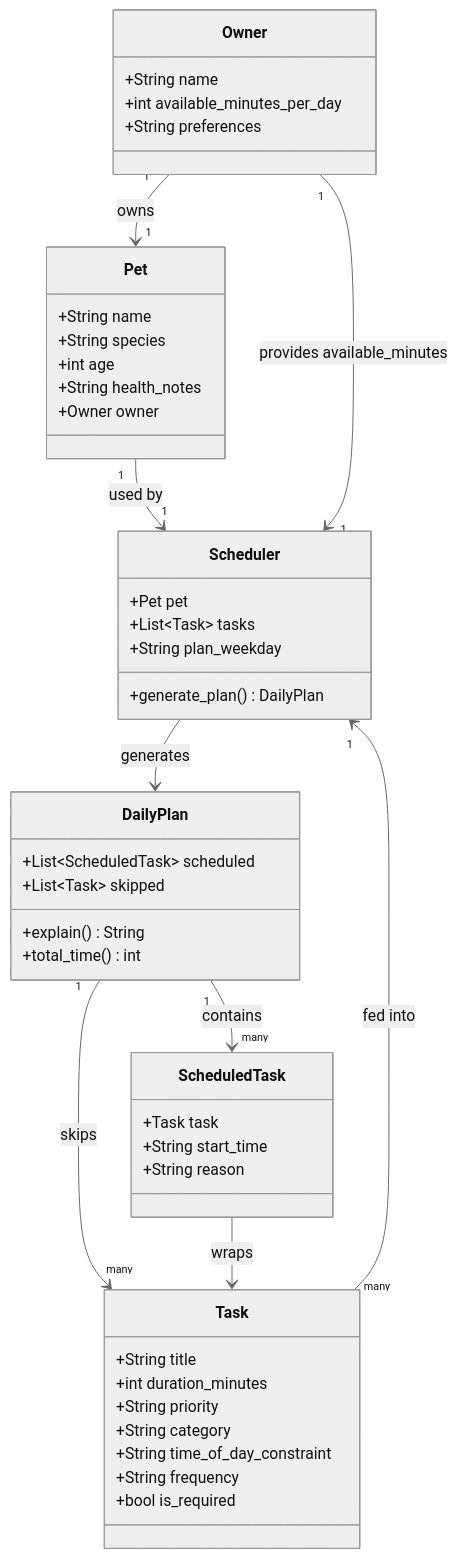
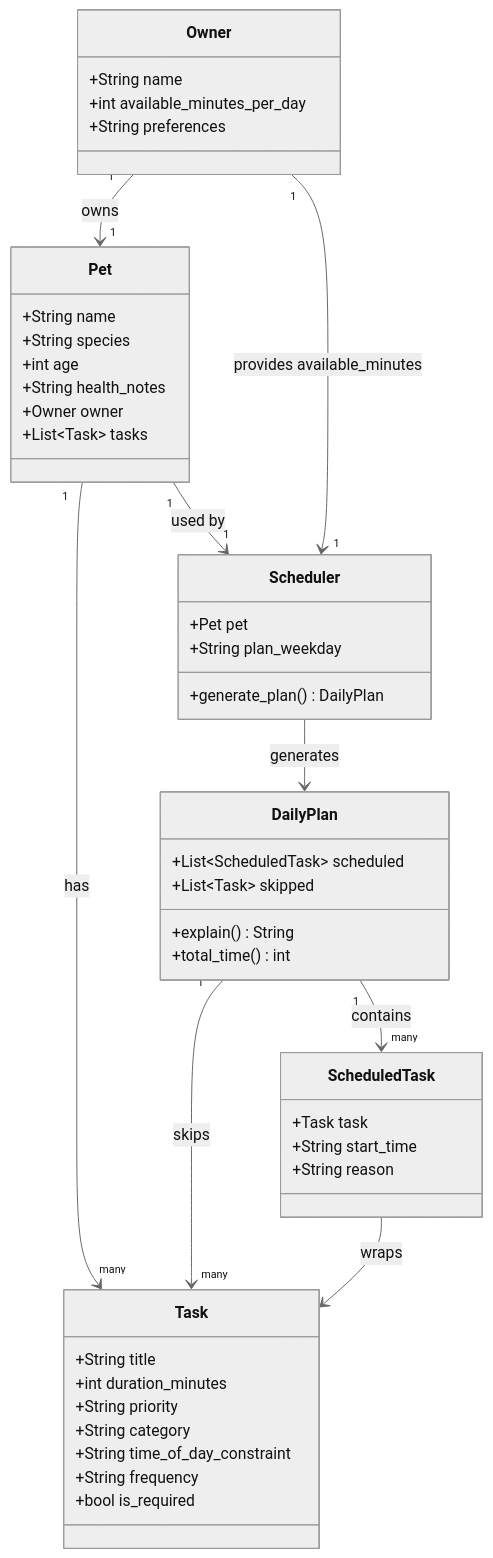
The diagram in uml.md (malikslam/ai110-module2show-pawpal-starter), drawn with Mermaid (neutral theme) before and after one commit. The commit also changed 3 other files, not shown here.

````diff
--- a/uml.md
+++ b/uml.md
@@ -1,55 +1,55 @@
 ```mermaid
 classDiagram
     class Owner {
         +String name
         +int available_minutes_per_day
         +String preferences
     }
 
     class Pet {
         +String name
         +String species
         +int age
         +String health_notes
         +Owner owner
+        +List~Task~ tasks
     }
 
     class Task {
         +String title
         +int duration_minutes
         +String priority
         +String category
         +String time_of_day_constraint
         +String frequency
         +bool is_required
     }
 
     class Scheduler {
         +Pet pet
-        +List~Task~ tasks
         +String plan_weekday
         +generate_plan() DailyPlan
     }
 
     class DailyPlan {
         +List~ScheduledTask~ scheduled
         +List~Task~ skipped
         +explain() String
         +total_time() int
     }
 
     class ScheduledTask {
         +Task task
         +String start_time
         +String reason
     }
 
     Owner "1" --> "1" Pet : owns
     Pet "1" --> "1" Scheduler : used by
     Owner "1" --> "1" Scheduler : provides available_minutes
-    Task "many" --> "1" Scheduler : fed into
+    Pet "1" --> "many" Task : has
     Scheduler --> DailyPlan : generates
     DailyPlan "1" --> "many" ScheduledTask : contains
     DailyPlan "1" --> "many" Task : skips
     ScheduledTask --> Task : wraps
 ```
````
